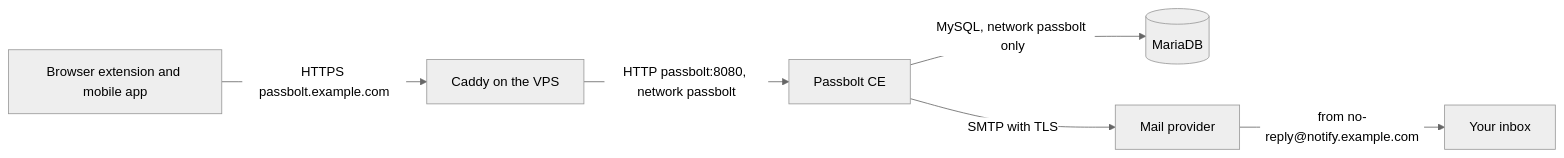
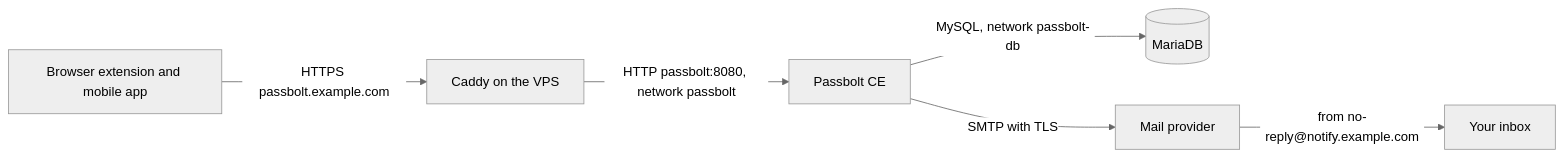
The diagram in docs/setup-passbolt.md (ebarooni/webfolio), drawn with Mermaid (neutral theme) before and after one commit. The commit also changed other lines of this file and 6 other files, not shown here.

````diff
--- a/docs/setup-passbolt.md
+++ b/docs/setup-passbolt.md
@@ -34,8 +37,8 @@
 ```mermaid
 flowchart LR
     ext[Browser extension and mobile app] -- "HTTPS passbolt.example.com" --> caddy[Caddy on the VPS]
     caddy -- "HTTP passbolt:8080, network passbolt" --> pb[Passbolt CE]
-    pb -- "MySQL, network passbolt only" --> db[(MariaDB)]
+    pb -- "MySQL, network passbolt-db" --> db[(MariaDB)]
     pb -- "SMTP with TLS" --> mail[Mail provider]
     mail -- "from no-reply@notify.example.com" --> inbox[Your inbox]
 ```
````
